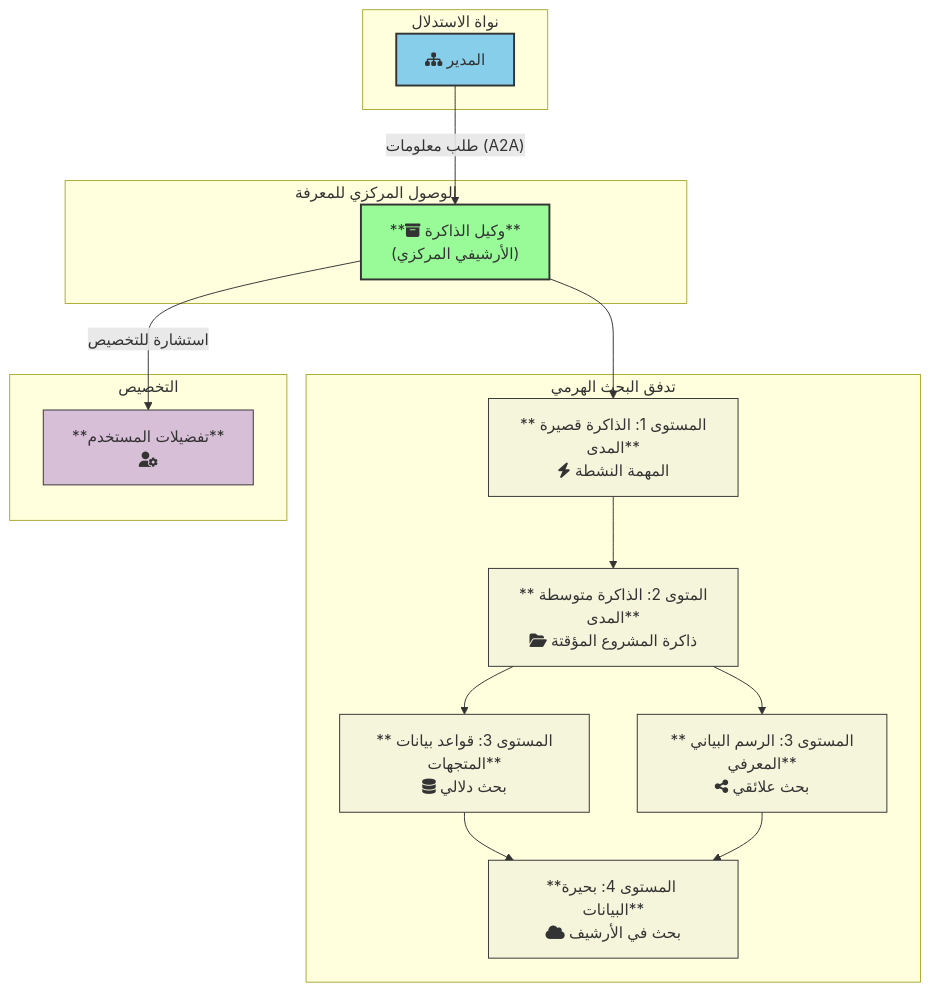
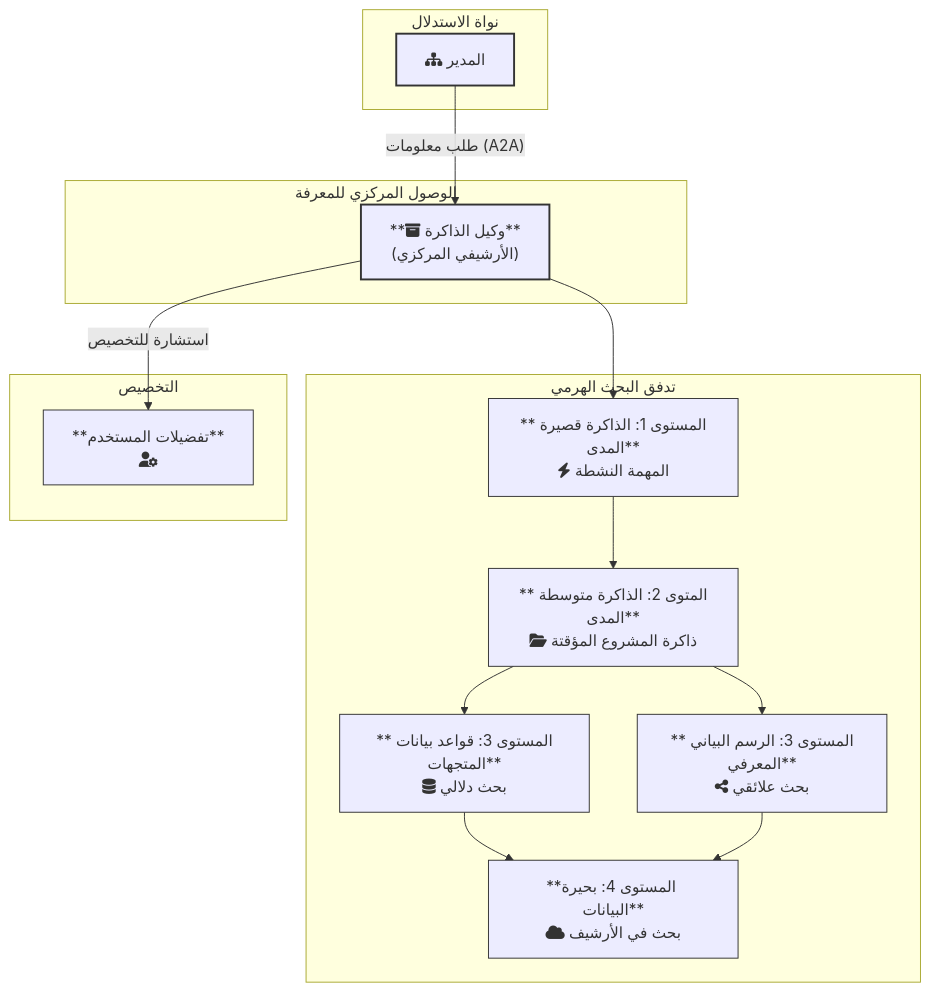
The second of 4 diagrams in MANUSCRIPT-AR.md (halmousama/OAC), drawn with Mermaid before and after one commit. The commit also changed other lines of this file and 5 other files, not shown here.

Commit message:
Enhance the diagrams colors.

````diff
--- a/MANUSCRIPT-AR.md
+++ b/MANUSCRIPT-AR.md
@@ -157,43 +157,43 @@
 ```mermaid
 graph TD
     subgraph "نواة الاستدلال"
         M["fa:fa-sitemap المدير"]
     end
 
     subgraph "الوصول المركزي للمعرفة"
         MA["**fa:fa-archive وكيل الذاكرة**<br/>(الأرشيفي المركزي)"]
     end
     
     M -- "طلب معلومات (A2A)" --> MA
 
     subgraph "تدفق البحث الهرمي"
         L1["**المستوى 1: الذاكرة قصيرة المدى**<br/>fa:fa-bolt المهمة النشطة"]
         L2["**المتوى 2: الذاكرة متوسطة المدى**<br/>fa:fa-folder-open ذاكرة المشروع المؤقتة"]
         L3_VDBs["**المستوى 3: قواعد بيانات المتجهات**<br/>fa:fa-database بحث دلالي"]
         L3_KG["**المستوى 3: الرسم البياني المعرفي**<br/>fa:fa-share-alt بحث علائقي"]
         L4["**المستوى 4: بحيرة البيانات**<br/>fa:fa-cloud بحث في الأرشيف"]
     end
     
     subgraph "التخصيص"
         UPM["**تفضيلات المستخدم**<br/>fa:fa-user-cog"]
     end
 
     MA --> L1
     L1 --> L2
     L2 --> L3_VDBs
     L2 --> L3_KG
     L3_VDBs --> L4
     L3_KG --> L4
     
     MA -- "استشارة للتخصيص" --> UPM
 
-    classDef manager fill:#87CEEB,stroke:#333,stroke-width:2px;
-    classDef memory_agent fill:#98FB98,stroke:#333,stroke-width:2px;
-    classDef memory_layer fill:#F5F5DC,stroke:#333,stroke-width:1px;
-    classDef personalization fill:#D8BFD8,stroke:#333,stroke-width:1px;
+    classDef manager stroke:#333,stroke-width:2px;
+    classDef memory_agent stroke:#333,stroke-width:2px;
+    classDef memory_layer stroke:#333,stroke-width:1px;
+    classDef personalization stroke:#333,stroke-width:1px;
 
     class M manager;
     class MA memory_agent;
     class L1,L2,L3_VDBs,L3_KG,L4 memory_layer;
     class UPM personalization;
 ```
````
